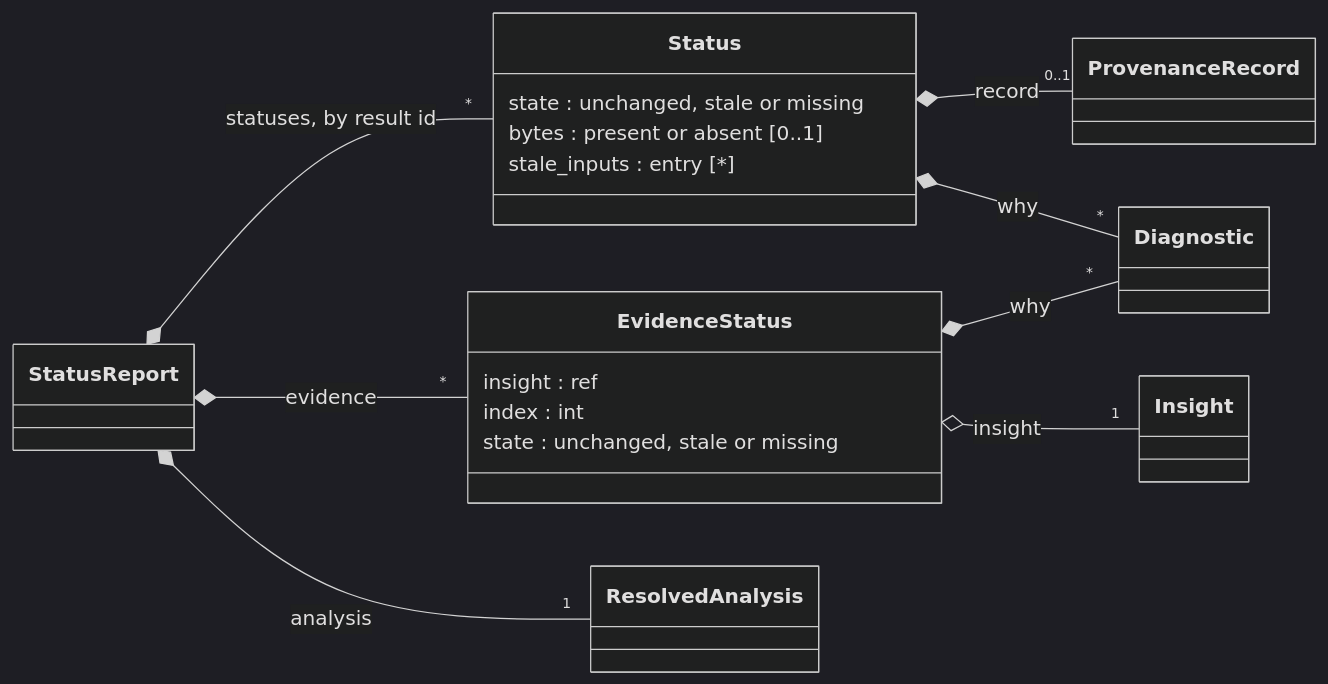
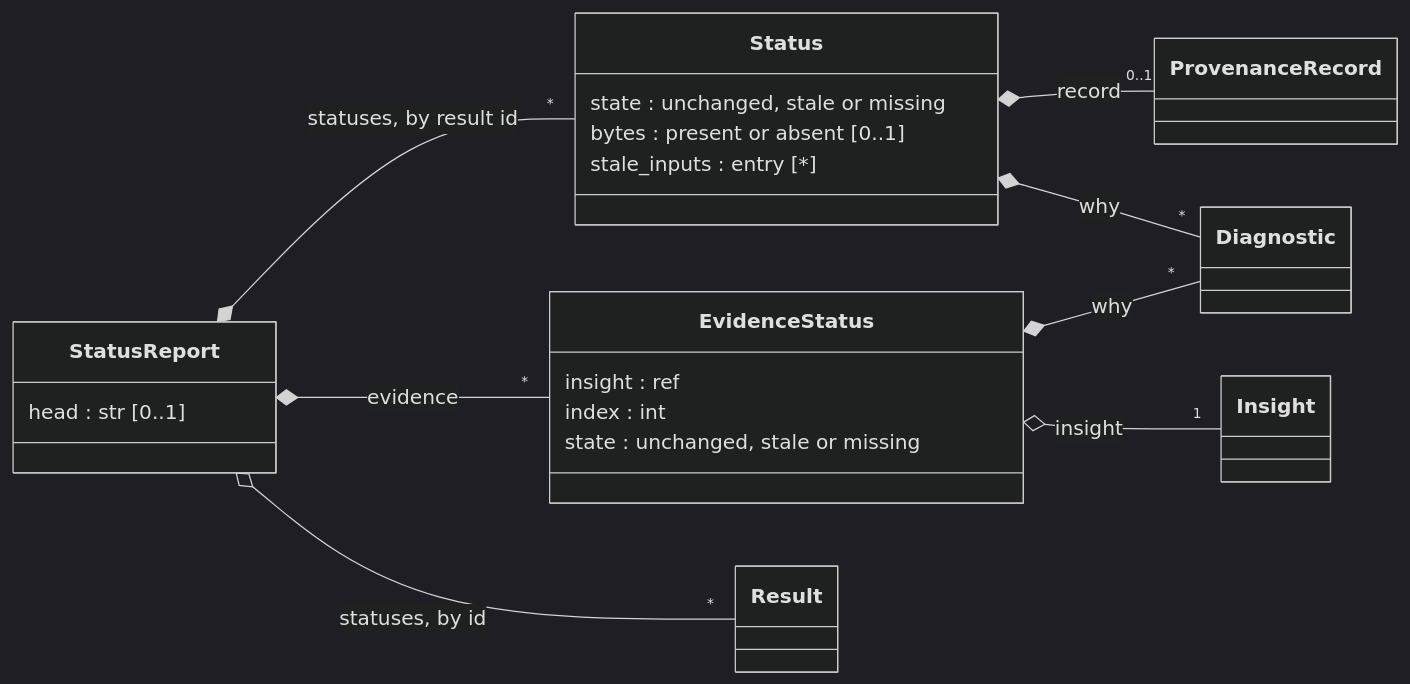
One commit to astra-project/astra-tools changed the sixth of 8 diagrams in docs/data-model.md. Above: the diagram before and after it, drawn with Mermaid (dark theme). The commit also changed other lines of this file and 20 other files, not shown here.

First line of the commit message:
StatusReport holds the statuses, and not the analysis

````diff
--- a/docs/data-model.md
+++ b/docs/data-model.md
@@ -594,26 +612,28 @@
 ```mermaid
 classDiagram
   direction LR
-  class StatusReport
+  class StatusReport {
+    head : str [0..1]
+  }
   class Status {
     state : unchanged, stale or missing
     bytes : present or absent [0..1]
     stale_inputs : entry [*]
   }
   class EvidenceStatus {
     insight : ref
     index : int
     state : unchanged, stale or missing
   }
   class ProvenanceRecord
-  class ResolvedAnalysis
+  class Result
   class Diagnostic
   class Insight
-  StatusReport *-- "1" ResolvedAnalysis : analysis
   StatusReport *-- "*" Status : statuses, by result id
   StatusReport *-- "*" EvidenceStatus : evidence
+  StatusReport o-- "*" Result : statuses, by id
   Status *-- "0..1" ProvenanceRecord : record
   Status *-- "*" Diagnostic : why
   EvidenceStatus *-- "*" Diagnostic : why
   EvidenceStatus o-- "1" Insight : insight
 ```
````
